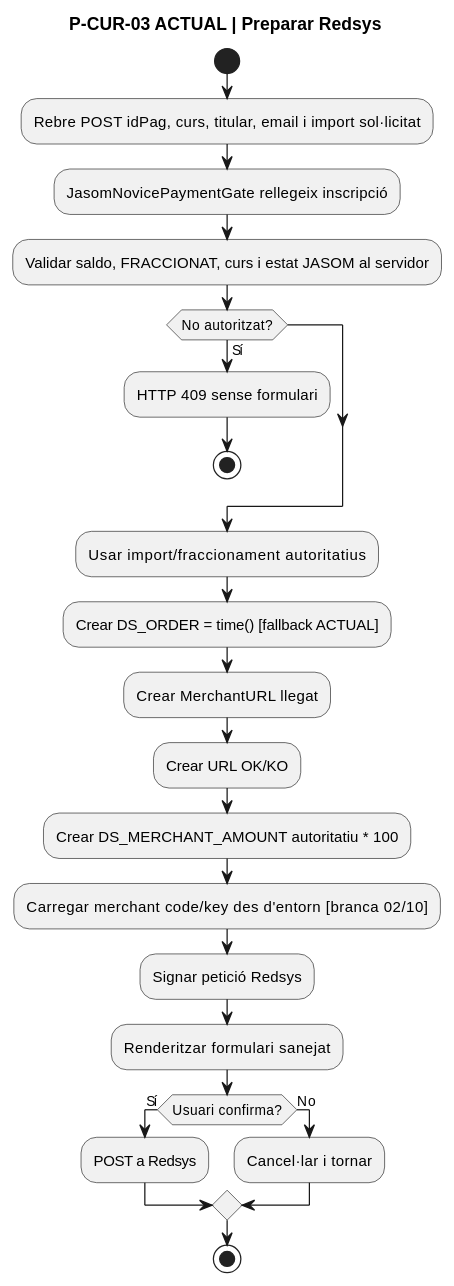
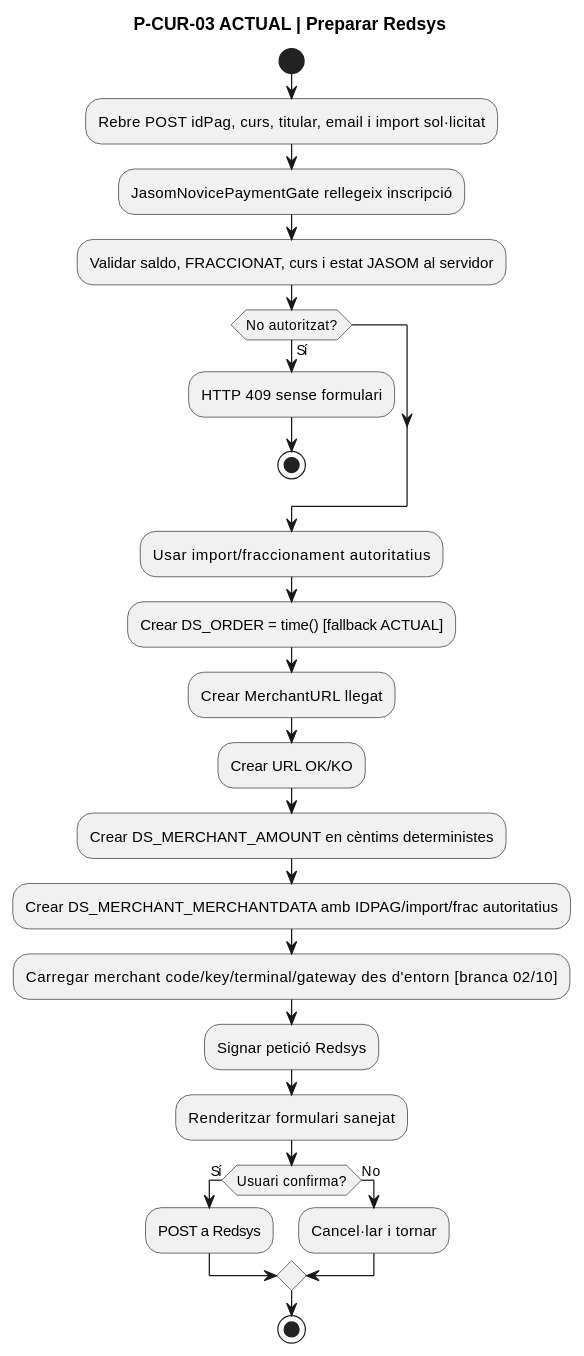
One commit to orgmeriemprismacat-del/verifactu changed the fifth of 14 diagrams in documentacio/07-uml-integrat/uc-014-activitats-pagines-redsys-actual-final.md. Above: the diagram before and after it, drawn with PlantUML. The commit also changed other lines of this file, not shown here.

Commit message:
docs(UC-014): documentar correlacio MerchantData signada

````diff
--- a/documentacio/07-uml-integrat/uc-014-activitats-pagines-redsys-actual-final.md
+++ b/documentacio/07-uml-integrat/uc-014-activitats-pagines-redsys-actual-final.md
@@ -125,27 +125,28 @@
 ```plantuml
 @startuml
 title P-CUR-03 ACTUAL | Preparar Redsys
 start
 :Rebre POST idPag, curs, titular, email i import sol·licitat;
 :JasomNovicePaymentGate rellegeix inscripció;
 :Validar saldo, FRACCIONAT, curs i estat JASOM al servidor;
 if (No autoritzat?) then (Sí)
   :HTTP 409 sense formulari;
   stop
 endif
 :Usar import/fraccionament autoritatius;
 :Crear DS_ORDER = time() [fallback ACTUAL];
 :Crear MerchantURL llegat;
 :Crear URL OK/KO;
-:Crear DS_MERCHANT_AMOUNT autoritatiu * 100;
-:Carregar merchant code/key des d'entorn [branca 02/10];
+:Crear DS_MERCHANT_AMOUNT en cèntims deterministes;
+:Crear DS_MERCHANT_MERCHANTDATA amb IDPAG/import/frac autoritatius;
+:Carregar merchant code/key/terminal/gateway des d'entorn [branca 02/10];
 :Signar petició Redsys;
 :Renderitzar formulari sanejat;
 if (Usuari confirma?) then (Sí)
   :POST a Redsys;
 else (No)
   :Cancel·lar i tornar;
 endif
 stop
 @enduml
 ```
````
